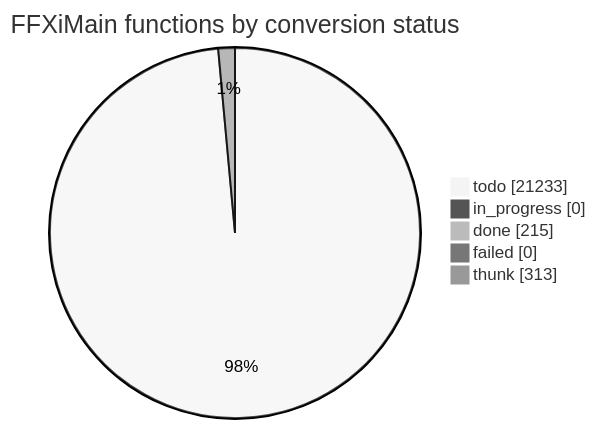
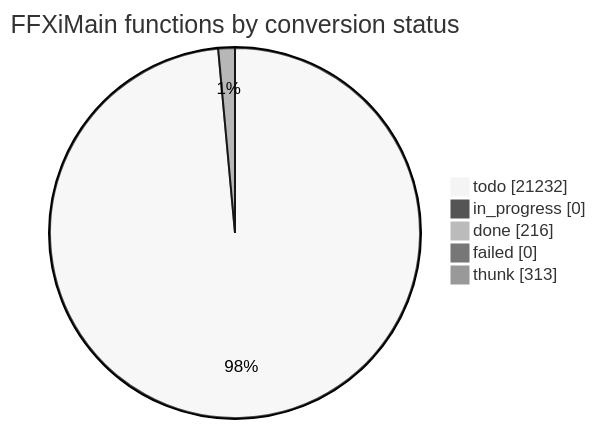
Before and after one commit to cowrevenge/cow_kuluu_xi_anything: the diagram in docs/cow/STATUS.md, drawn with Mermaid (neutral theme). The commit also changed other lines of this file and 9 other files, not shown here.

````diff
--- a/docs/cow/STATUS.md
+++ b/docs/cow/STATUS.md
@@ -18,9 +18,9 @@
 ```mermaid
 pie showData
     title FFXiMain functions by conversion status
-    "todo" : 21233
+    "todo" : 21232
     "in_progress" : 0
-    "done" : 215
+    "done" : 216
     "failed" : 0
     "thunk" : 313
 ```
````
